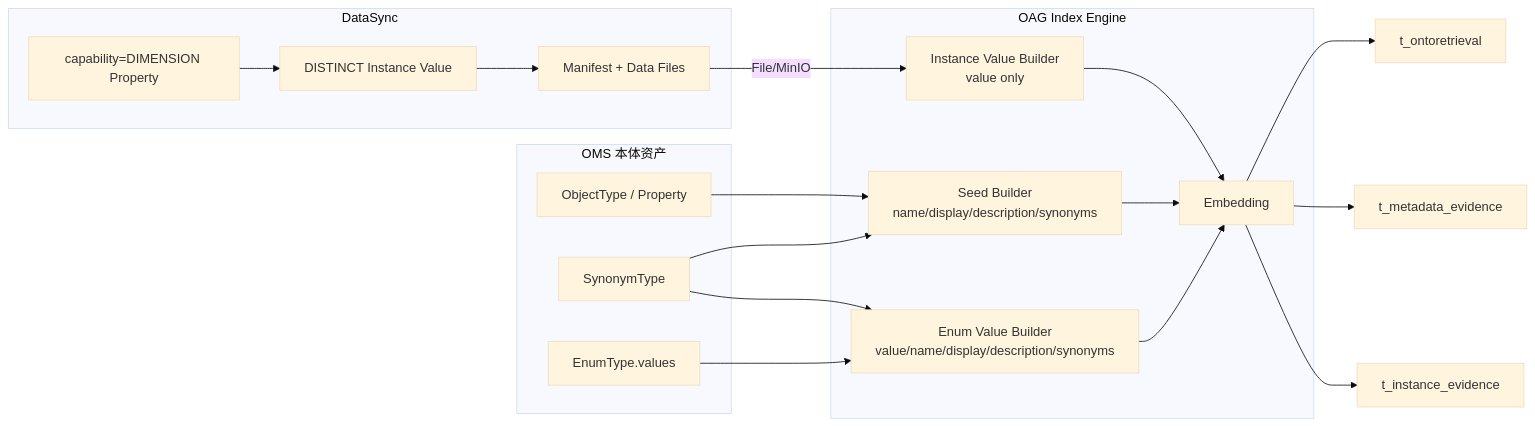
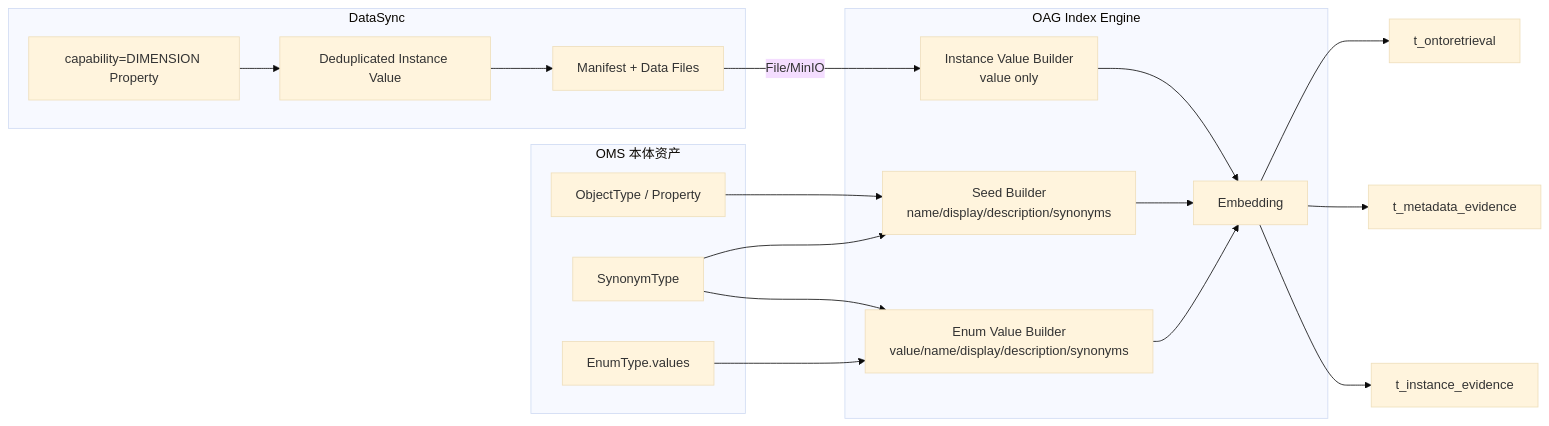
Before and after one commit to cfwl100/onology_dsl: the second of 6 diagrams in docs/OAG本体锚点语义检索与向量索引设计方案.md, drawn with Mermaid (base theme). The commit also changed other lines of this file, not shown here.

````diff
--- a/docs/OAG本体锚点语义检索与向量索引设计方案.md
+++ b/docs/OAG本体锚点语义检索与向量索引设计方案.md
@@ -1154,38 +1151,38 @@
 ```mermaid
 flowchart LR
     subgraph OMS[OMS 本体资产]
       OT[ObjectType / Property]
       ST[SynonymType]
       EN[EnumType.values]
     end
 
     subgraph DS[DataSync]
       SC[capability=DIMENSION Property]
-      DV[DISTINCT Instance Value]
+      DV[Deduplicated Instance Value]
       PKG[Manifest + Data Files]
     end
 
     subgraph OAG[OAG Index Engine]
       SB[Seed Builder<br/>name/display/description/synonyms]
       MB[Enum Value Builder<br/>value/name/display/description/synonyms]
       IB[Instance Value Builder<br/>value only]
       EMB[Embedding]
     end
 
     OT --> SB
     ST --> SB
     EN --> MB
     ST --> MB
 
     SC --> DV
     DV --> PKG
     PKG -->|File/MinIO| IB
 
     SB --> EMB
     MB --> EMB
     IB --> EMB
 
     EMB --> GV1[t_ontoretrieval]
     EMB --> GV2[t_metadata_evidence]
     EMB --> GV3[t_instance_evidence]
 ```
````
